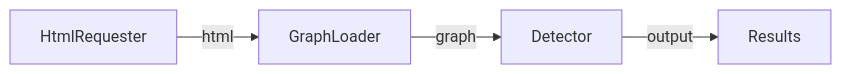
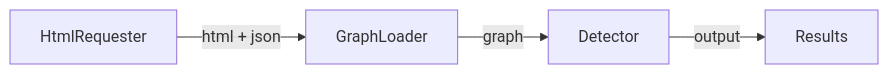
The diagram in README.md (crawlab-team/webspot), drawn with Mermaid before and after one commit. The commit also changed 7 other files, not shown here.

````diff
--- a/README.md
+++ b/README.md
@@ -41,9 +41,9 @@
 ```mermaid
 graph LR
     hr[HtmlRequester]
     gl[GraphLoader]
     d[Detector]
     r[Results]
 
-    hr --"html"--> gl --"graph"--> d --"output"--> r
+    hr --"html + json"--> gl --"graph"--> d --"output"--> r
 ```
````
